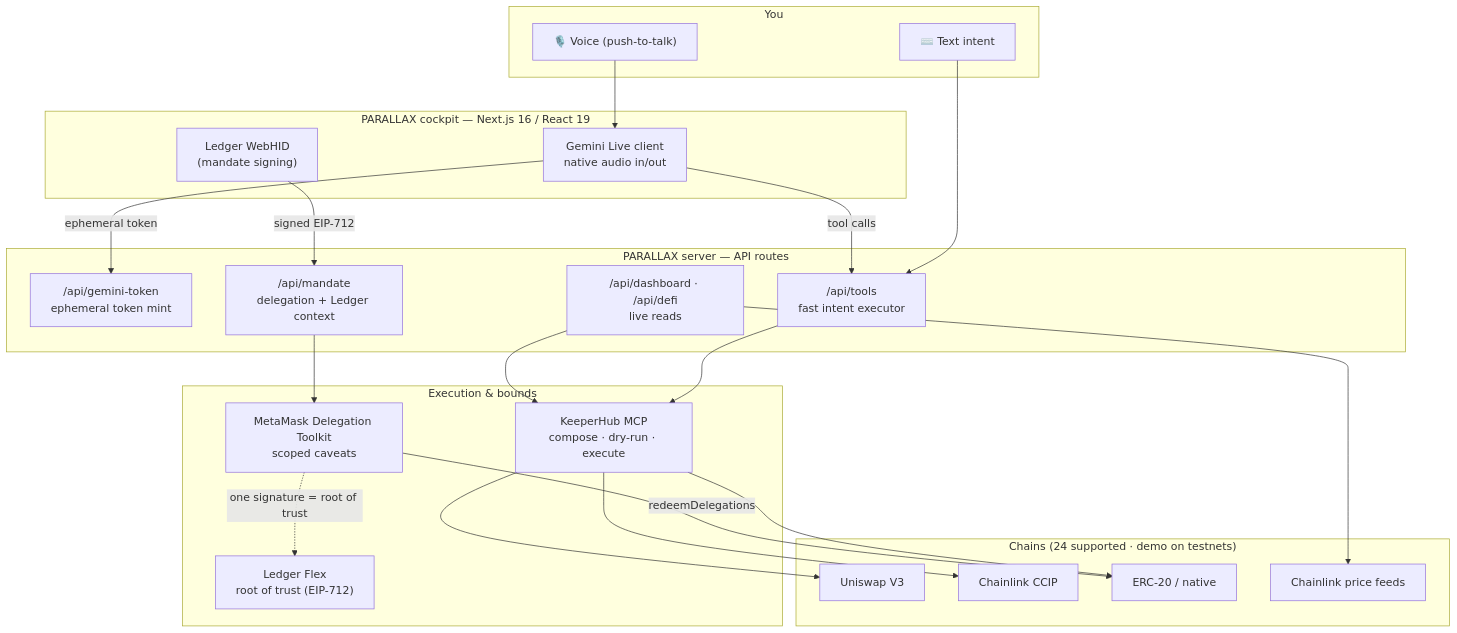
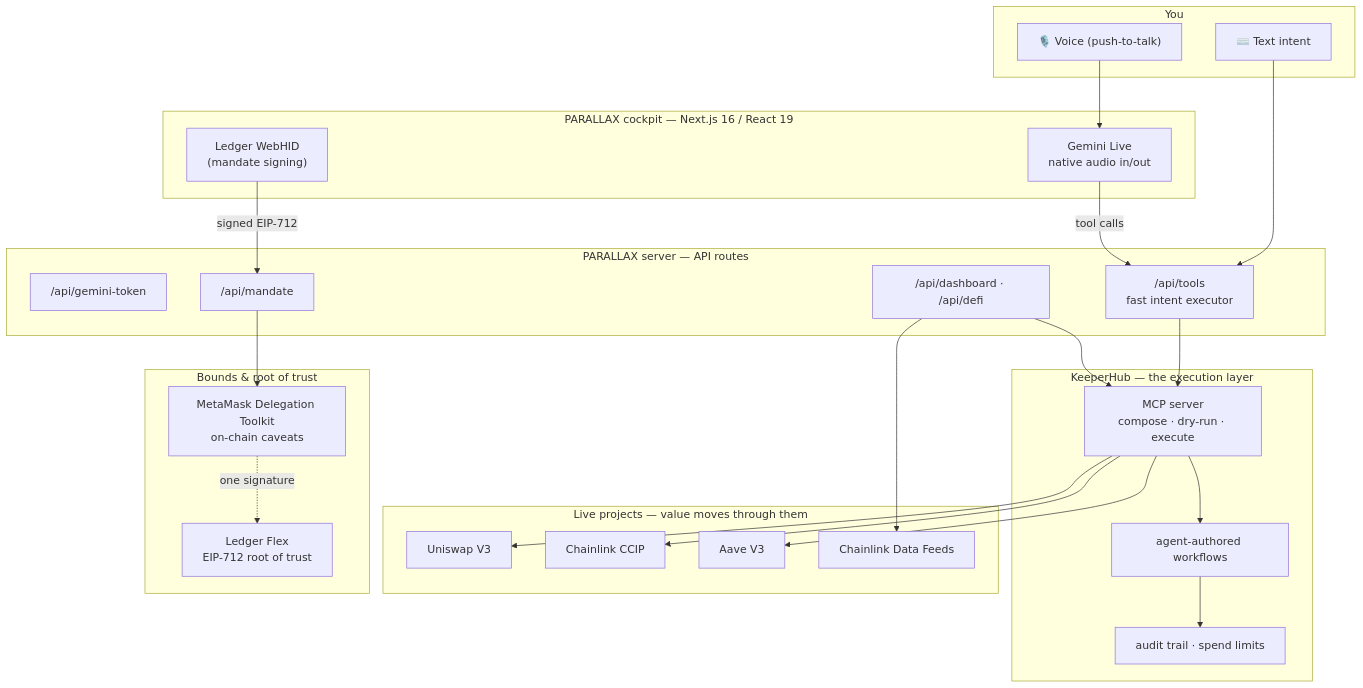
The first of 2 diagrams in README.md (chrsnikhil/parallax), drawn with Mermaid before and after one commit. The commit also changed other lines of this file and 1 other file, not shown here.

Commit message:
Submission README + gitignore demo deck

````diff
--- a/README.md
+++ b/README.md
@@ -55,49 +72,49 @@
 ```mermaid
 flowchart TB
     subgraph U["You"]
         V["🎙️ Voice (push-to-talk)"]
         T["⌨️ Text intent"]
     end
 
     subgraph BROWSER["PARALLAX cockpit — Next.js 16 / React 19"]
-        LIVE["Gemini Live client<br/>native audio in/out"]
+        LIVE["Gemini Live<br/>native audio in/out"]
         WHID["Ledger WebHID<br/>(mandate signing)"]
     end
 
     subgraph EDGE["PARALLAX server — API routes"]
-        TOK["/api/gemini-token<br/>ephemeral token mint"]
+        TOK["/api/gemini-token"]
         TOOLS["/api/tools<br/>fast intent executor"]
-        MAND["/api/mandate<br/>delegation + Ledger context"]
-        DASH["/api/dashboard · /api/defi<br/>live reads"]
+        MAND["/api/mandate"]
+        DASH["/api/dashboard · /api/defi"]
     end
 
-    subgraph ENGINE["Execution & bounds"]
-        KH["KeeperHub MCP<br/>compose · dry-run · execute"]
-        MM["MetaMask Delegation Toolkit<br/>scoped caveats"]
-        LG["Ledger Flex<br/>root of trust (EIP-712)"]
+    subgraph KH["KeeperHub — the execution layer"]
+        MCP["MCP server<br/>compose · dry-run · execute"]
+        WF["agent-authored workflows"]
+        AUD["audit trail · spend limits"]
     end
 
-    subgraph CHAINS["Chains (24 supported · demo on testnets)"]
+    subgraph LIVEPROJ["Live projects — value moves through them"]
         UNI["Uniswap V3"]
         CCIP["Chainlink CCIP"]
-        ERC["ERC-20 / native"]
-        LINK["Chainlink price feeds"]
+        AAVE["Aave V3"]
+        LINK["Chainlink Data Feeds"]
+    end
+
+    subgraph BOUNDS["Bounds & root of trust"]
+        MM["MetaMask Delegation Toolkit<br/>on-chain caveats"]
+        LG["Ledger Flex<br/>EIP-712 root of trust"]
     end
 
     V --> LIVE
     T --> TOOLS
-    LIVE -->|ephemeral token| TOK
     LIVE -->|tool calls| TOOLS
     WHID -->|signed EIP-712| MAND
-
-    TOOLS --> KH
+    TOOLS --> MCP
+    DASH --> MCP
     MAND --> MM
-    MM -.->|"one signature = root of trust"| LG
-    DASH --> KH
-
-    KH --> UNI
-    KH --> CCIP
-    KH --> ERC
+    MM -.->|one signature| LG
+    MCP --> UNI & CCIP & AAVE
     DASH --> LINK
-    MM -->|redeemDelegations| ERC
+    MCP --> WF --> AUD
 ```
````
